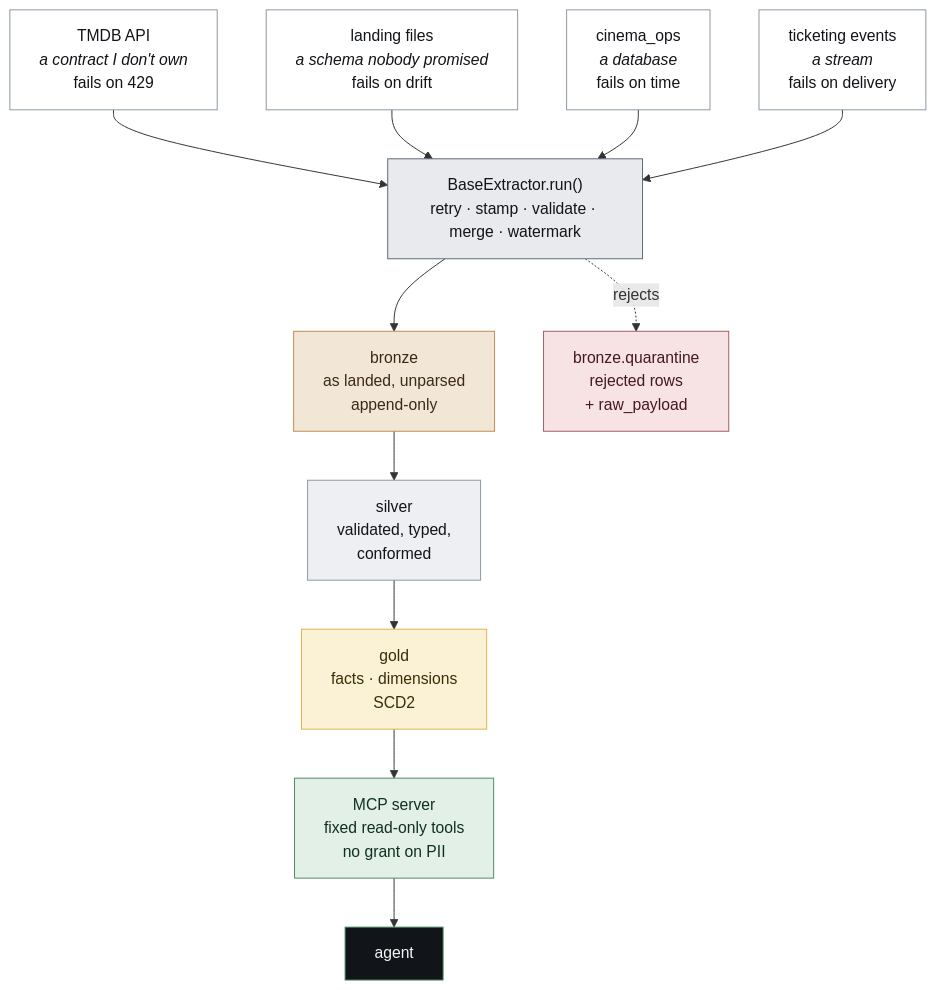
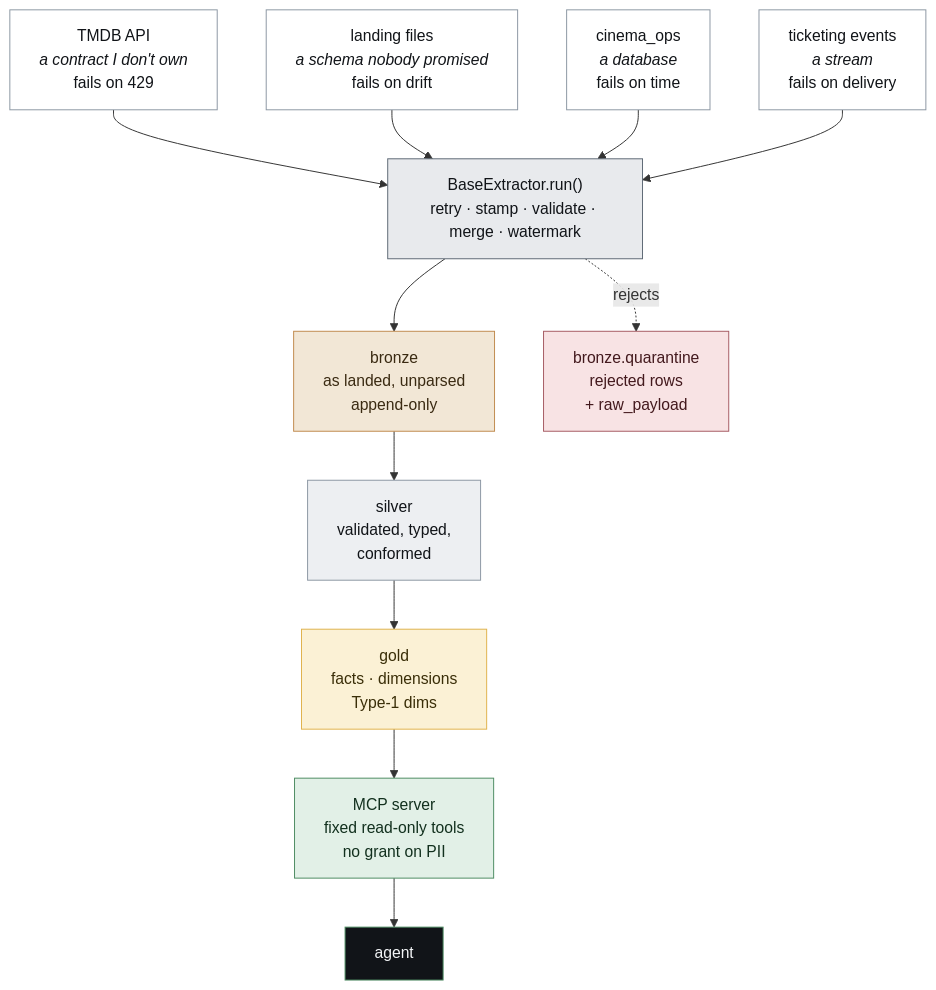
One commit to brunohart/cinema-ops-platform changed the first of 3 diagrams in README.md. Above: the diagram before and after it, drawn with Mermaid. The commit also changed other lines of this file and 2 other files, not shown here.

First line of the commit message:
audit: dim_film is Type-1, and the documents said SCD2 in five places

````diff
--- a/README.md
+++ b/README.md
@@ -222,36 +223,36 @@
 ```mermaid
 flowchart TB
     A["TMDB API<br/><i>a contract I don't own</i><br/>fails on 429"]
     B["landing files<br/><i>a schema nobody promised</i><br/>fails on drift"]
     C["cinema_ops<br/><i>a database</i><br/>fails on time"]
     D["ticketing events<br/><i>a stream</i><br/>fails on delivery"]
 
     E["BaseExtractor.run()<br/>retry · stamp · validate · merge · watermark"]
 
     BR["bronze<br/>as landed, unparsed<br/>append-only"]
     QU["bronze.quarantine<br/>rejected rows<br/>+ raw_payload"]
     SI["silver<br/>validated, typed,<br/>conformed"]
-    GO["gold<br/>facts · dimensions<br/>SCD2"]
+    GO["gold<br/>facts · dimensions<br/>Type-1 dims"]
     MCP["MCP server<br/>fixed read-only tools<br/>no grant on PII"]
     AG["agent"]
 
     A --> E
     B --> E
     C --> E
     D --> E
     E --> BR
     E -.rejects.-> QU
     BR --> SI --> GO --> MCP --> AG
 
     style A fill:#FFFFFF,stroke:#8C97A3,color:#111418
     style B fill:#FFFFFF,stroke:#8C97A3,color:#111418
     style C fill:#FFFFFF,stroke:#8C97A3,color:#111418
     style D fill:#FFFFFF,stroke:#8C97A3,color:#111418
     style E fill:#E8EAED,stroke:#5E6975,color:#111418
     style BR fill:#F2E7D6,stroke:#C08B4F,color:#3A2A12
     style QU fill:#F8E3E4,stroke:#A65B63,color:#43191D
     style SI fill:#EDEFF2,stroke:#8C97A3,color:#111418
     style GO fill:#FBF1D5,stroke:#E0B24C,color:#3A2E08
     style MCP fill:#E2F0E7,stroke:#4E8C63,color:#12301E
     style AG fill:#111418,stroke:#4E8C63,color:#F3F5F7
 ```
````
